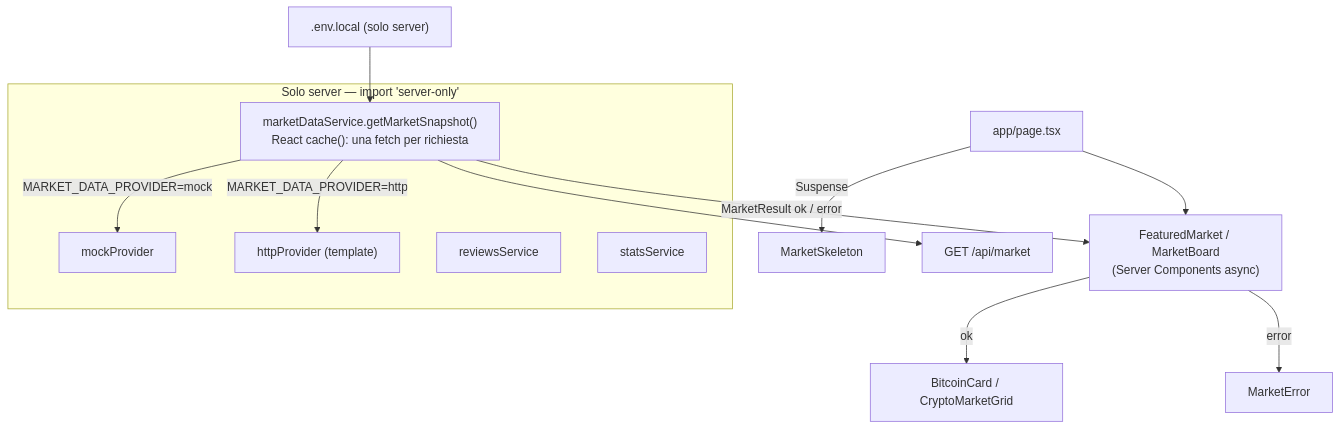
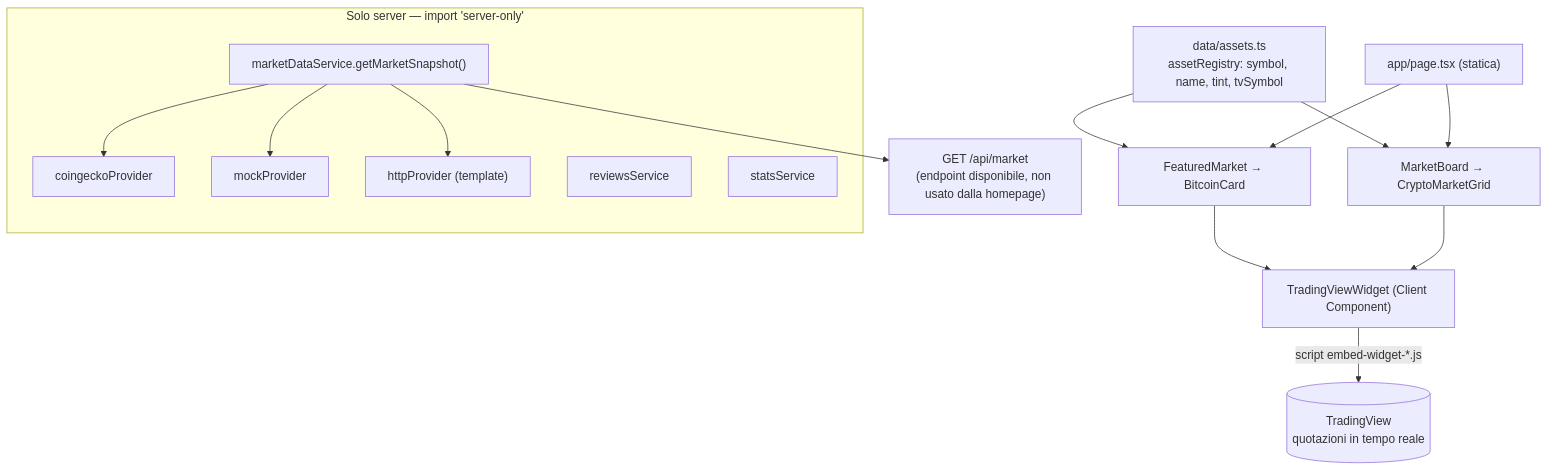
One commit to davide963-ux/cr changed the first of 3 diagrams in README.md. Above: the diagram before and after it, drawn with Mermaid. The commit also changed other lines of this file and 11 other files, not shown here.

````diff
--- a/README.md
+++ b/README.md
@@ -35,17 +37,21 @@
 ```mermaid
 flowchart TD
-    ENV[".env.local (solo server)"] --> SVC
+    REG["data/assets.ts<br/>assetRegistry: symbol, name, tint, tvSymbol"]
+    REG --> FM["FeaturedMarket → BitcoinCard"]
+    REG --> MB["MarketBoard → CryptoMarketGrid"]
+    FM --> TVW["TradingViewWidget (Client Component)"]
+    MB --> TVW
+    TVW -->|"script embed-widget-*.js"| TV[("TradingView<br/>quotazioni in tempo reale")]
+    PAGE["app/page.tsx (statica)"] --> FM
+    PAGE --> MB
+
     subgraph Server["Solo server — import 'server-only'"]
-        SVC["marketDataService.getMarketSnapshot()<br/>React cache(): una fetch per richiesta"]
-        SVC -->|MARKET_DATA_PROVIDER=mock| MOCK["mockProvider"]
-        SVC -->|MARKET_DATA_PROVIDER=http| HTTP["httpProvider (template)"]
+        SVC["marketDataService.getMarketSnapshot()"]
+        SVC --> CG["coingeckoProvider"]
+        SVC --> MOCK["mockProvider"]
+        SVC --> HTTP["httpProvider (template)"]
         REV["reviewsService"]
         STA["statsService"]
     end
-    SVC -->|"MarketResult ok / error"| BLK["FeaturedMarket / MarketBoard<br/>(Server Components async)"]
-    BLK -->|ok| UI["BitcoinCard / CryptoMarketGrid"]
-    BLK -->|error| ERR["MarketError"]
-    PAGE["app/page.tsx"] -->|Suspense| SK["MarketSkeleton"]
-    PAGE --> BLK
-    SVC --> API["GET /api/market"]
+    SVC --> API["GET /api/market<br/>(endpoint disponibile, non usato dalla homepage)"]
 ```
````
